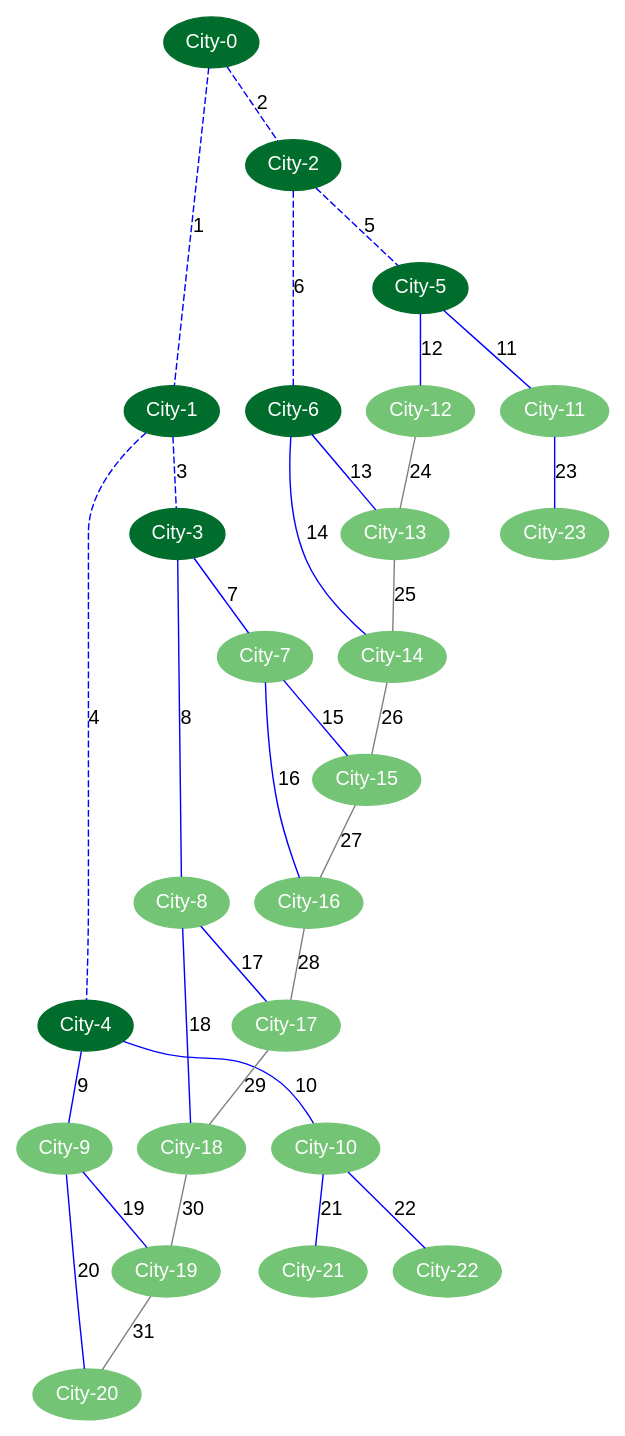
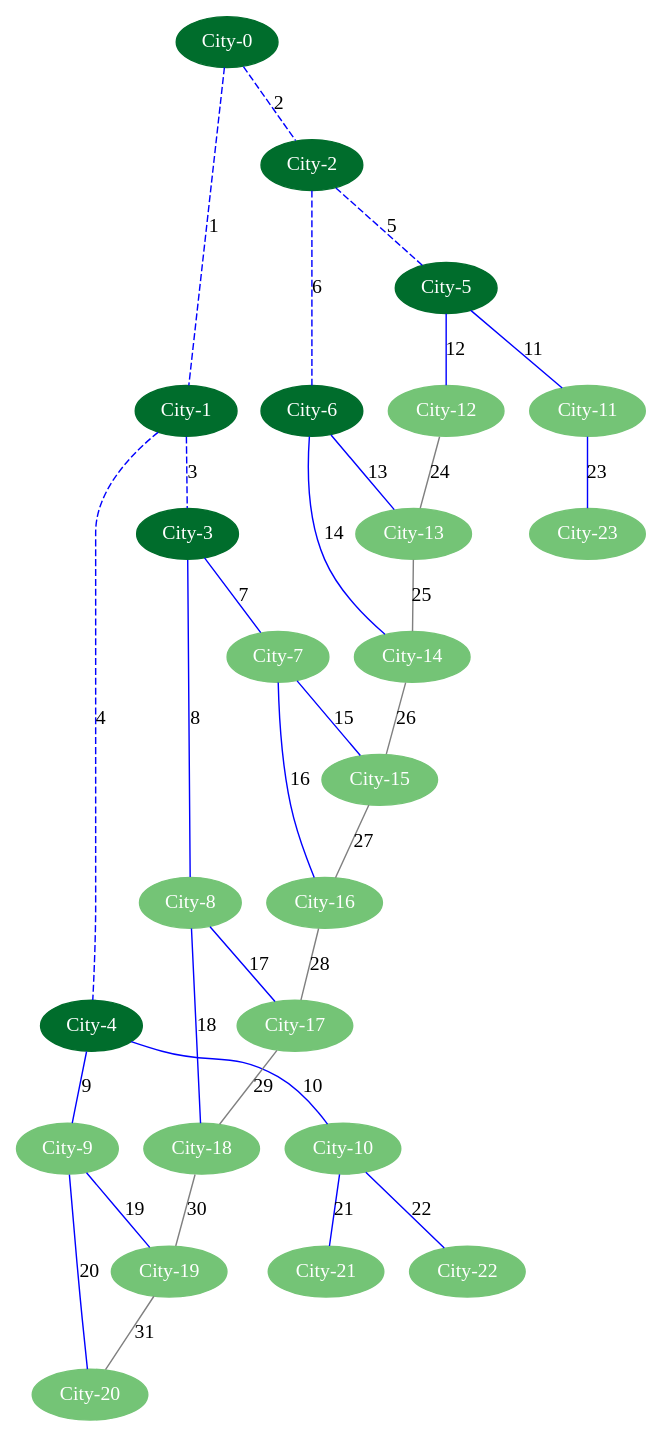
The diagram in SWProj2/src/graph-diagram-1-24-7-31.dot (sufeeeringGavinM/EEE121-TRU-gmmontevirgen), drawn with Graphviz before and after one commit. The commit also changed 11 other files, not shown here.

```diff
--- a/SWProj2/src/graph-diagram-1-24-7-31.dot
+++ b/SWProj2/src/graph-diagram-1-24-7-31.dot
@@ -1,91 +1,91 @@
-strict graph G{    fontname="Helvetica,Arial,sans-serif"
-    node [fontname="Helvetica,Arial,sans-serif",colorscheme=greens9]
-    edge [fontname="Helvetica,Arial,sans-serif"]
+strict graph G{    fontname="Papyrus"
+    node [fontname="Papyrus",colorscheme=greens9]
+    edge [fontname="Comic Sans MS"]
 0 [label="City-0", style=filled, color=8,fontcolor=white]
 1 [label="City-1", style=filled, color=8,fontcolor=white]
 2 [label="City-2", style=filled, color=8,fontcolor=white]
 3 [label="City-3", style=filled, color=8,fontcolor=white]
 4 [label="City-4", style=filled, color=8,fontcolor=white]
 5 [label="City-5", style=filled, color=8,fontcolor=white]
 6 [label="City-6", style=filled, color=8,fontcolor=white]
 7 [label="City-7", style=filled, color=5,fontcolor=white]
 8 [label="City-8", style=filled, color=5,fontcolor=white]
 9 [label="City-9", style=filled, color=5,fontcolor=white]
 10 [label="City-10", style=filled, color=5,fontcolor=white]
 11 [label="City-11", style=filled, color=5,fontcolor=white]
 12 [label="City-12", style=filled, color=5,fontcolor=white]
 13 [label="City-13", style=filled, color=5,fontcolor=white]
 14 [label="City-14", style=filled, color=5,fontcolor=white]
 15 [label="City-15", style=filled, color=5,fontcolor=white]
 16 [label="City-16", style=filled, color=5,fontcolor=white]
 17 [label="City-17", style=filled, color=5,fontcolor=white]
 18 [label="City-18", style=filled, color=5,fontcolor=white]
 19 [label="City-19", style=filled, color=5,fontcolor=white]
 20 [label="City-20", style=filled, color=5,fontcolor=white]
 21 [label="City-21", style=filled, color=5,fontcolor=white]
 22 [label="City-22", style=filled, color=5,fontcolor=white]
 23 [label="City-23", style=filled, color=5,fontcolor=white]
 0 -- 1 [label=1, style=dashed, color=gray]
 0 -- 2 [label=2, style=dashed, color=gray]
 1 -- 3 [label=3, style=dashed, color=gray]
 1 -- 4 [label=4, style=dashed, color=gray]
 2 -- 5 [label=5, style=dashed, color=gray]
 2 -- 6 [label=6, style=dashed, color=gray]
 3 -- 7 [label=7, style=line, color=gray]
 3 -- 8 [label=8, style=line, color=gray]
 4 -- 9 [label=9, style=line, color=gray]
 4 -- 10 [label=10, style=line, color=gray]
 5 -- 11 [label=11, style=line, color=gray]
 5 -- 12 [label=12, style=line, color=gray]
 6 -- 13 [label=13, style=line, color=gray]
 6 -- 14 [label=14, style=line, color=gray]
 7 -- 15 [label=15, style=line, color=gray]
 7 -- 16 [label=16, style=line, color=gray]
 8 -- 17 [label=17, style=line, color=gray]
 8 -- 18 [label=18, style=line, color=gray]
 9 -- 19 [label=19, style=line, color=gray]
 9 -- 20 [label=20, style=line, color=gray]
 10 -- 21 [label=21, style=line, color=gray]
 10 -- 22 [label=22, style=line, color=gray]
 11 -- 23 [label=23, style=line, color=gray]
 12 -- 13 [label=24, style=line, color=gray]
 13 -- 14 [label=25, style=line, color=gray]
 14 -- 15 [label=26, style=line, color=gray]
 15 -- 16 [label=27, style=line, color=gray]
 16 -- 17 [label=28, style=line, color=gray]
 17 -- 18 [label=29, style=line, color=gray]
 18 -- 19 [label=30, style=line, color=gray]
 19 -- 20 [label=31, style=line, color=gray]
 2 -- 6 [label=6, style=dashed, color=blue]
 2 -- 5 [label=5, style=dashed, color=blue]
 1 -- 4 [label=4, style=dashed, color=blue]
 1 -- 3 [label=3, style=dashed, color=blue]
 0 -- 2 [label=2, style=dashed, color=blue]
 0 -- 1 [label=1, style=dashed, color=blue]
 7 -- 3 [label=7, style=line, color=blue]
 8 -- 3 [label=8, style=line, color=blue]
 9 -- 4 [label=9, style=line, color=blue]
 10 -- 4 [label=10, style=line, color=blue]
 11 -- 5 [label=11, style=line, color=blue]
 12 -- 5 [label=12, style=line, color=blue]
 13 -- 6 [label=13, style=line, color=blue]
 14 -- 6 [label=14, style=line, color=blue]
 15 -- 7 [label=15, style=line, color=blue]
 7 -- 3 [label=7, style=line, color=blue]
 16 -- 7 [label=16, style=line, color=blue]
 7 -- 3 [label=7, style=line, color=blue]
 17 -- 8 [label=17, style=line, color=blue]
 8 -- 3 [label=8, style=line, color=blue]
 18 -- 8 [label=18, style=line, color=blue]
 8 -- 3 [label=8, style=line, color=blue]
 19 -- 9 [label=19, style=line, color=blue]
 9 -- 4 [label=9, style=line, color=blue]
 20 -- 9 [label=20, style=line, color=blue]
 9 -- 4 [label=9, style=line, color=blue]
 21 -- 10 [label=21, style=line, color=blue]
 10 -- 4 [label=10, style=line, color=blue]
 22 -- 10 [label=22, style=line, color=blue]
 10 -- 4 [label=10, style=line, color=blue]
 23 -- 11 [label=23, style=line, color=blue]
 11 -- 5 [label=11, style=line, color=blue]
 }
```
